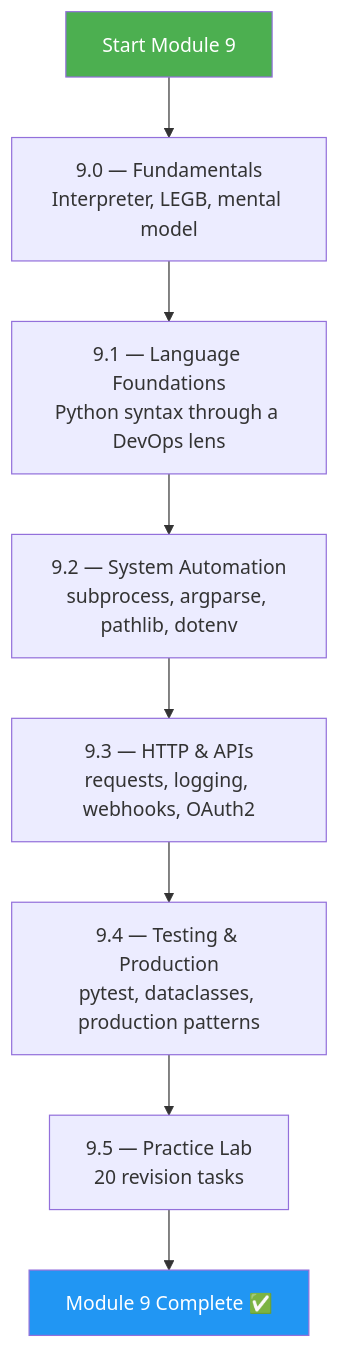
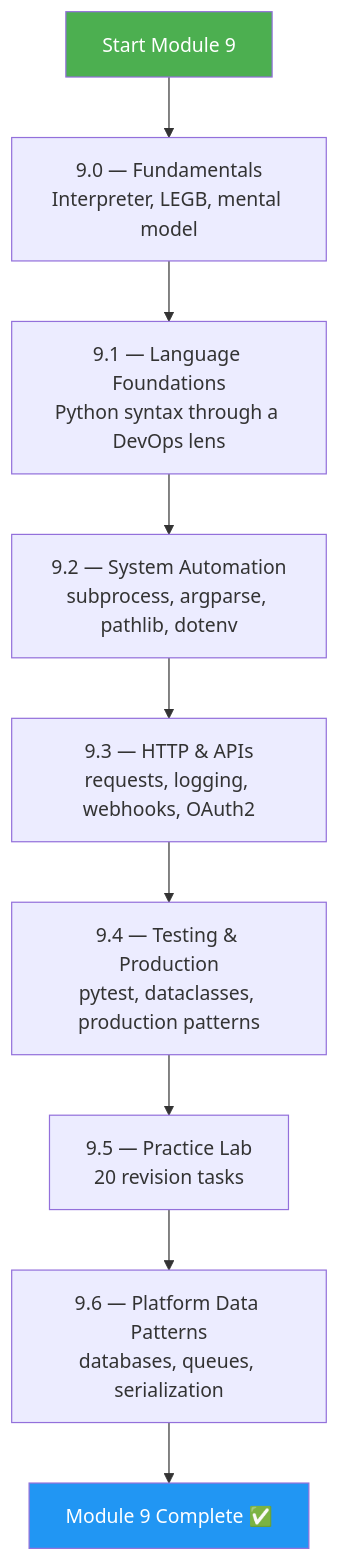
The second of 4 diagrams in 9-Python/Module_9_Approach_Guide.md (VidhyadharanSS/PlatformEngineeringNotes), drawn with Mermaid before and after one commit. The commit also changed other lines of this file and 120 other files, not shown here.

````diff
--- a/9-Python/Module_9_Approach_Guide.md
+++ b/9-Python/Module_9_Approach_Guide.md
@@ -61,13 +65,14 @@
 ```mermaid
 flowchart TD
     A[Start Module 9] --> Z["9.0 — Fundamentals<br/>Interpreter, LEGB, mental model"]
     Z --> B["9.1 — Language Foundations<br/>Python syntax through a DevOps lens"]
     B --> C["9.2 — System Automation<br/>subprocess, argparse, pathlib, dotenv"]
     C --> D["9.3 — HTTP & APIs<br/>requests, logging, webhooks, OAuth2"]
     D --> E["9.4 — Testing & Production<br/>pytest, dataclasses, production patterns"]
     E --> P["9.5 — Practice Lab<br/>20 revision tasks"]
-    P --> F[Module 9 Complete ✅]
+    P --> D2["9.6 — Platform Data Patterns<br/>databases, queues, serialization"]
+    D2 --> F[Module 9 Complete ✅]
 
     style A fill:#4CAF50,color:#fff
     style F fill:#2196F3,color:#fff
 ```
````
